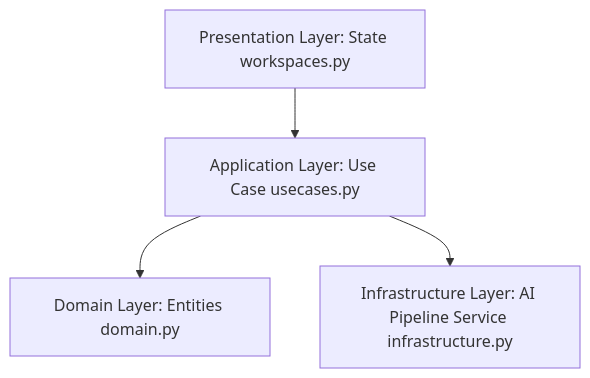
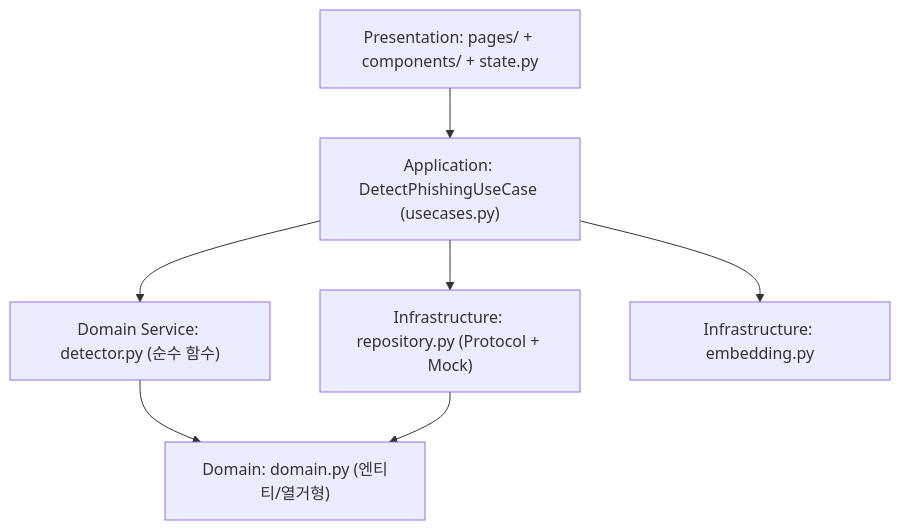
The diagram in assets/backend-decision-making.md (Baek-Ui/Prototype), drawn with Mermaid before and after one commit. The commit also changed other lines of this file and 2 other files, not shown here.

````diff
--- a/assets/backend-decision-making.md
+++ b/assets/backend-decision-making.md
@@ -26,6 +30,9 @@
 ```mermaid
 graph TD
-    UI[Presentation Layer: State workspaces.py] --> UC[Application Layer: Use Case usecases.py]
-    UC --> Domain[Domain Layer: Entities domain.py]
-    UC --> Infra[Infrastructure Layer: AI Pipeline Service infrastructure.py]
+    UI["Presentation: pages/ + components/ + state.py"] --> UC["Application: DetectPhishingUseCase (usecases.py)"]
+    UC --> Detector["Domain Service: detector.py (순수 함수)"]
+    UC --> Repo["Infrastructure: repository.py (Protocol + Mock)"]
+    UC --> Emb["Infrastructure: embedding.py"]
+    Detector --> Domain["Domain: domain.py (엔티티/열거형)"]
+    Repo --> Domain
 ```
````
